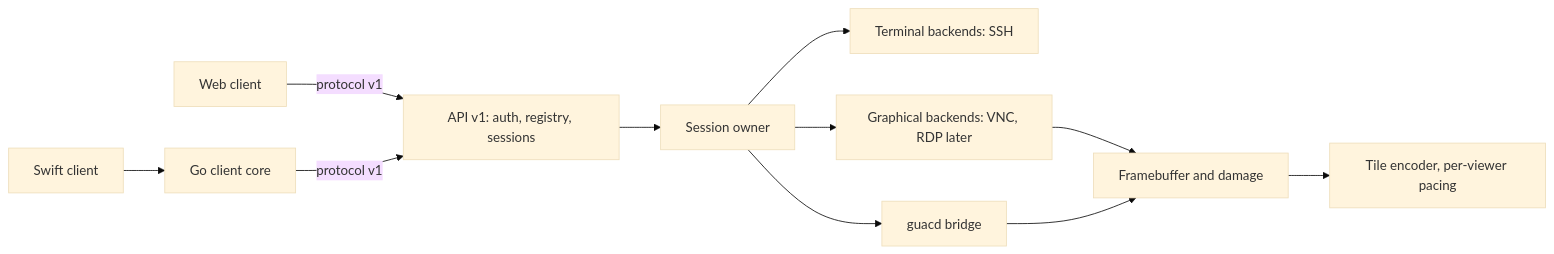
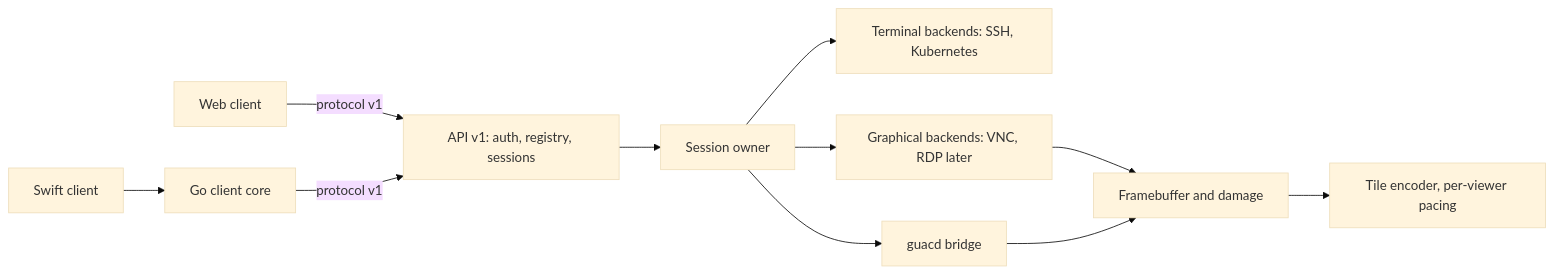
One commit to changkun/occamy changed the first of 2 diagrams in specs/008-native-architecture.md. Above: the diagram before and after it, drawn with Mermaid (base theme). The commit also changed other lines of this file and 2 other files, not shown here.

Commit message:
specs: add the Kubernetes backend to 008's scope and breakdown, and serve Kubernetes natively in guacd-bridge

````diff
--- a/specs/008-native-architecture.md
+++ b/specs/008-native-architecture.md
@@ -151,12 +155,12 @@
 ```mermaid
 flowchart LR
   W[Web client] -- protocol v1 --> GW
   SW[Swift client] --> CC[Go client core] -- protocol v1 --> GW
   GW[API v1: auth, registry, sessions] --> SE[Session owner]
-  SE --> TB[Terminal backends: SSH]
+  SE --> TB[Terminal backends: SSH, Kubernetes]
   SE --> GB[Graphical backends: VNC, RDP later]
   SE --> BR[guacd bridge]
   GB --> FB[Framebuffer and damage]
   BR --> FB
   FB --> EN[Tile encoder, per-viewer pacing]
 ```
````
